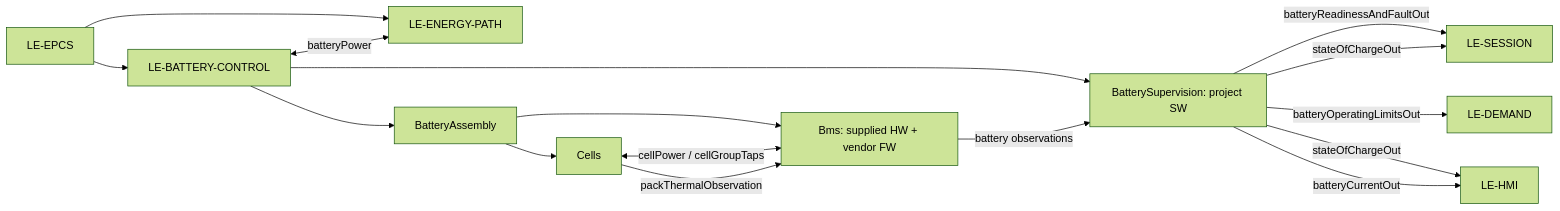
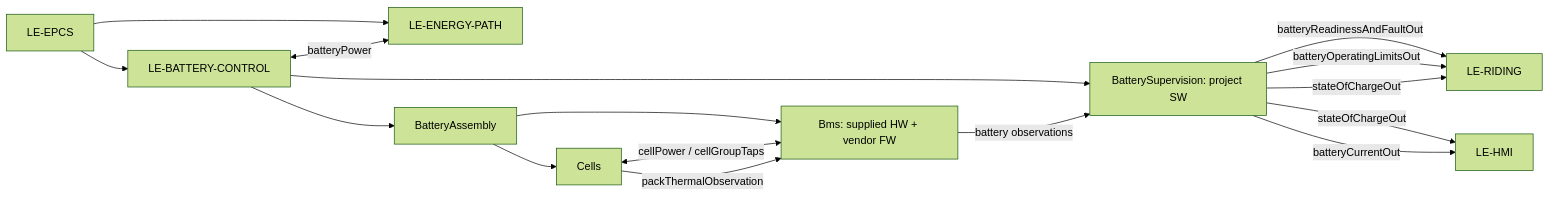
One commit to dhellhake/X2CityMCU changed the diagram in .devenv/Architecture/SystemArchitecture/Modelling/BatteryControl/README.md. Above: the diagram before and after it, drawn with Mermaid (forest theme). The commit also changed other lines of this file and 93 other files, not shown here.

Commit message:
Refactored RidingControl on System Architecture

````diff
--- a/.devenv/Architecture/SystemArchitecture/Modelling/BatteryControl/README.md
+++ b/.devenv/Architecture/SystemArchitecture/Modelling/BatteryControl/README.md
@@ -7,18 +7,18 @@
 ```mermaid
 flowchart LR
   EPCS[LE-EPCS] --> BC[LE-BATTERY-CONTROL]
   EPCS --> EP[LE-ENERGY-PATH]
   BC --> PBA[BatteryAssembly]
   PBA --> Cells[Cells]
   PBA --> Bms[Bms: supplied HW + vendor FW]
   BC --> BS[BatterySupervision: project SW]
   Bms -->|battery observations| BS
   Cells <-->|cellPower / cellGroupTaps| Bms
   Cells -->|packThermalObservation| Bms
-  BS -->|batteryReadinessAndFaultOut| Session[LE-SESSION]
-  BS -->|batteryOperatingLimitsOut| Demand[LE-DEMAND]
+  BS -->|batteryReadinessAndFaultOut| RidingControl[LE-RIDING]
+  BS -->|batteryOperatingLimitsOut| RidingControl[LE-RIDING]
   BS -->|stateOfChargeOut| HMI[LE-HMI]
-  BS -->|stateOfChargeOut| Session
+  BS -->|stateOfChargeOut| RidingControl
   BS -->|batteryCurrentOut| HMI
   BC <-->|batteryPower| EP
 ```
````
